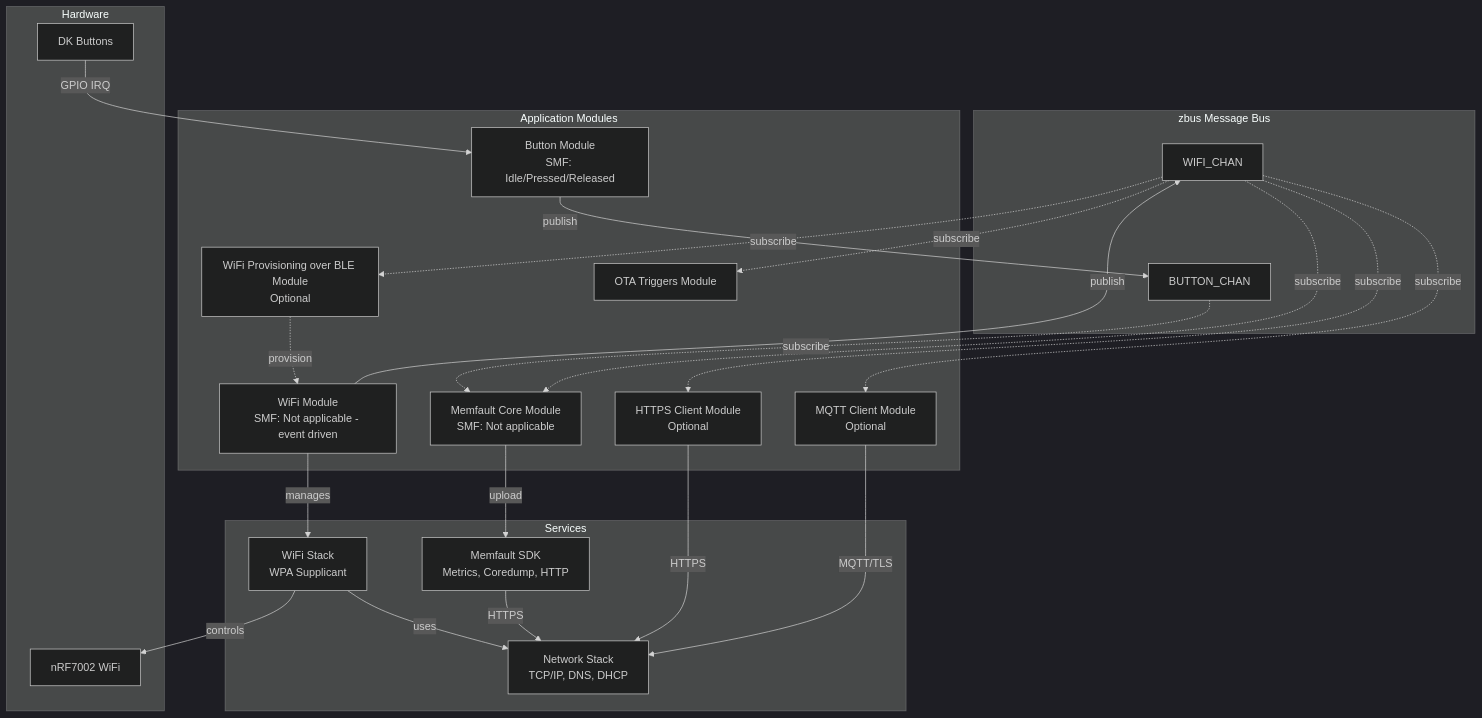
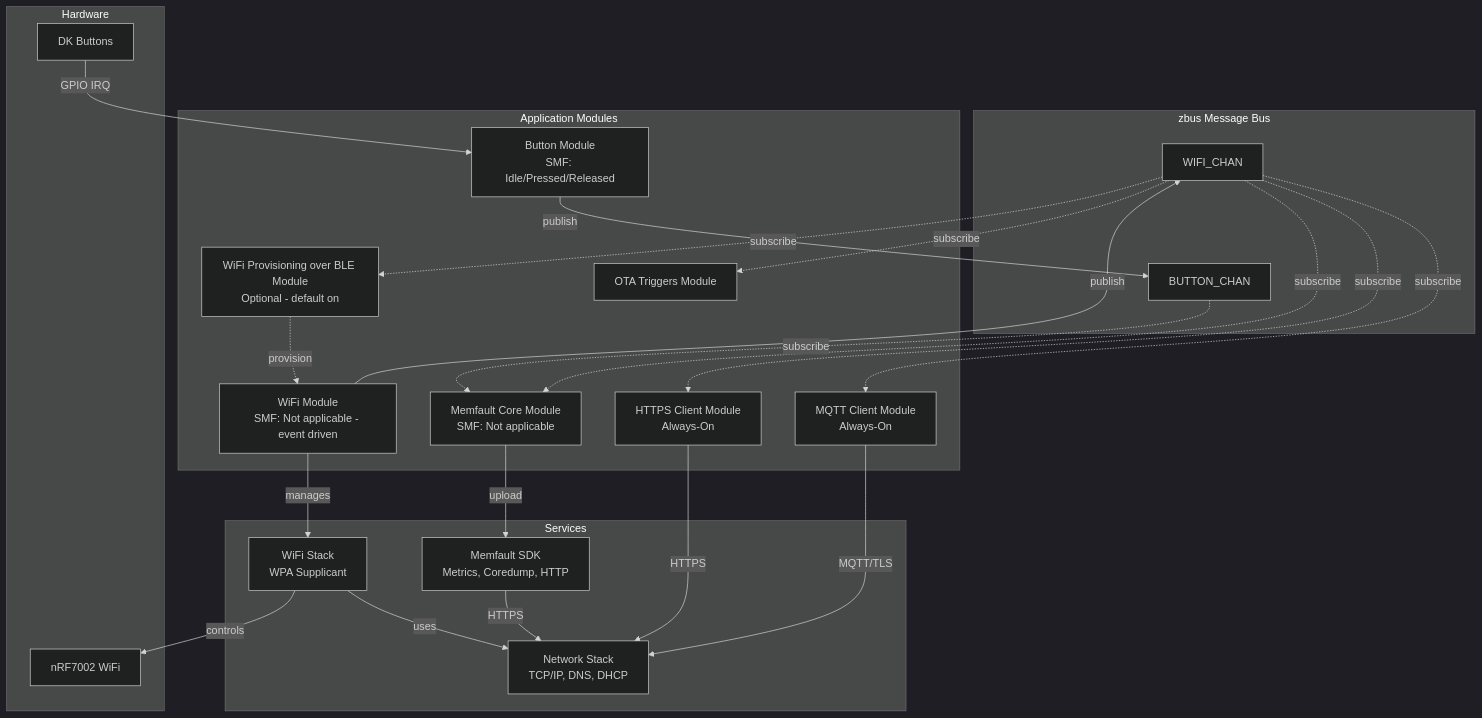
One commit to chshzh/nordic-wifi-memfault changed the first of 7 diagrams in pm/PRD.md. Above: the diagram before and after it, drawn with Mermaid (dark theme). The commit also changed other lines of this file and 16 other files, not shown here.

````diff
--- a/pm/PRD.md
+++ b/pm/PRD.md
@@ -116,50 +117,50 @@
 ```mermaid
 graph TB
     subgraph "zbus Message Bus"
         BUTTON_CHAN[BUTTON_CHAN]
         WIFI_CHAN[WIFI_CHAN]
     end
     
     subgraph "Application Modules"
         ButtonMod[Button Module<br/>SMF: Idle/Pressed/Released]
         WiFiMod[WiFi Module<br/>SMF: Not applicable - event driven]
         MemfaultCore[Memfault Core Module<br/>SMF: Not applicable]
-        WifiProvOverBLE[WiFi Provisioning over BLE Module<br/>Optional]
-        HTTPSClient[HTTPS Client Module<br/>Optional]
-        MQTTClient[MQTT Client Module<br/>Optional]
+        WifiProvOverBLE[WiFi Provisioning over BLE Module<br/>Optional - default on]
+        HTTPSClient[HTTPS Client Module<br/>Always-On]
+        MQTTClient[MQTT Client Module<br/>Always-On]
         OTATriggers[OTA Triggers Module]
     end
     
     subgraph "Services"
         MemfaultSDK[Memfault SDK<br/>Metrics, Coredump, HTTP]
         WiFiStack[WiFi Stack<br/>WPA Supplicant]
         NetStack[Network Stack<br/>TCP/IP, DNS, DHCP]
     end
     
     subgraph "Hardware"
         HWButton[DK Buttons]
         HWWiFi[nRF7002 WiFi]
     end
     
     HWButton -->|GPIO IRQ| ButtonMod
     ButtonMod -->|publish| BUTTON_CHAN
     BUTTON_CHAN -.->|subscribe| MemfaultCore
     
     WiFiMod -->|publish| WIFI_CHAN
     WIFI_CHAN -.->|subscribe| MemfaultCore
     WIFI_CHAN -.->|subscribe| WifiProvOverBLE
     WIFI_CHAN -.->|subscribe| HTTPSClient
     WIFI_CHAN -.->|subscribe| MQTTClient
     WIFI_CHAN -.->|subscribe| OTATriggers
     
     WiFiMod -->|manages| WiFiStack
     WiFiStack -->|controls| HWWiFi
     WiFiStack -->|uses| NetStack
     
     MemfaultCore -->|upload| MemfaultSDK
     MemfaultSDK -->|HTTPS| NetStack
     
     WifiProvOverBLE -.->|provision| WiFiMod
     HTTPSClient -->|HTTPS| NetStack
     MQTTClient -->|MQTT/TLS| NetStack
 ```
````
